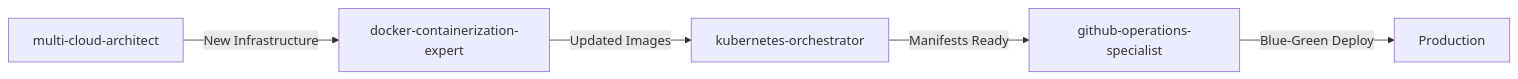
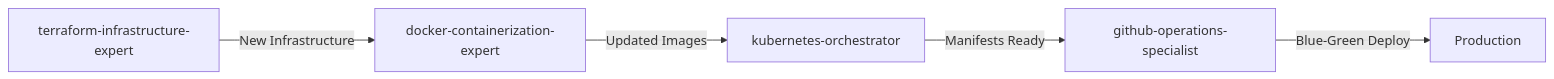
Before and after one commit to rafeekpro/ClaudeAutoPM: the third of 4 diagrams in autopm/.claude/rules/agent-coordination.md, drawn with Mermaid. The commit also changed other lines of this file, not shown here.

````diff
--- a/autopm/.claude/rules/agent-coordination.md
+++ b/autopm/.claude/rules/agent-coordination.md
@@ -262,7 +262,7 @@
 ```mermaid
 graph LR
-  A[multi-cloud-architect] -->|New Infrastructure| B[docker-containerization-expert]
+  A[terraform-infrastructure-expert] -->|New Infrastructure| B[docker-containerization-expert]
   B -->|Updated Images| C[kubernetes-orchestrator]
   C -->|Manifests Ready| D[github-operations-specialist]
   D -->|Blue-Green Deploy| E[Production]
 ```
````
